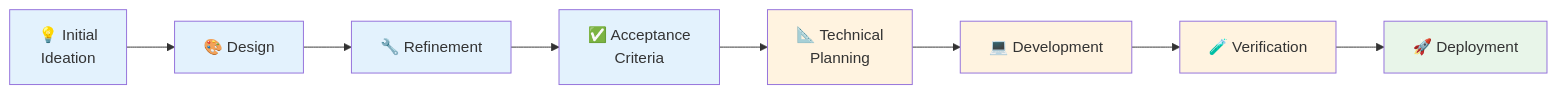
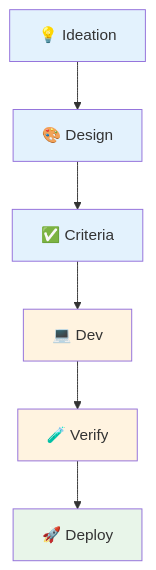
Before and after one commit to TheBushidoCollective/han: the first of 6 diagrams in website/content/papers/ai-dlc-2026/runbooks/adoption/from-waterfall.md, drawn with Mermaid. The commit also changed other lines of this file and 21 other files, not shown here.

First line of the commit message:
fix(website): convert all AI-DLC runbook Mermaid diagrams to TB layout

````diff
--- a/website/content/papers/ai-dlc-2026/runbooks/adoption/from-waterfall.md
+++ b/website/content/papers/ai-dlc-2026/runbooks/adoption/from-waterfall.md
@@ -9,19 +9,15 @@
 ```mermaid
-flowchart LR
-    A[💡 Initial<br/>Ideation] --> B[🎨 Design]
-    B --> C[🔧 Refinement]
-    C --> D[✅ Acceptance<br/>Criteria]
-    D --> E[📐 Technical<br/>Planning]
-    E --> F[💻 Development]
-    F --> G[🧪 Verification]
-    G --> H[🚀 Deployment]
+flowchart TB
+    A[💡 Ideation] --> B[🎨 Design]
+    B --> C[✅ Criteria]
+    C --> D[💻 Dev]
+    D --> E[🧪 Verify]
+    E --> F[🚀 Deploy]
 
     style A fill:#e3f2fd
     style B fill:#e3f2fd
     style C fill:#e3f2fd
-    style D fill:#e3f2fd
+    style D fill:#fff3e0
     style E fill:#fff3e0
-    style F fill:#fff3e0
-    style G fill:#fff3e0
-    style H fill:#e8f5e9
+    style F fill:#e8f5e9
 ```
````
